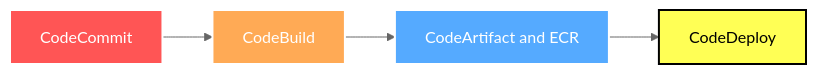
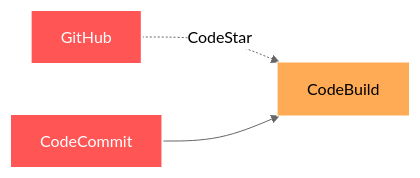
One commit to Yuppe-jp-eng/presentaion changed the sixth of 9 diagrams in slides.md. Above: the diagram before and after it, drawn with Mermaid (neutral theme). The commit also changed other lines of this file and 1 other file, not shown here.

````diff
--- a/slides.md
+++ b/slides.md
@@ -241,12 +295,10 @@
 ```mermaid
 flowchart LR
-    B1[CodeCommit] --> B2[CodeBuild]
-    B2 --> B4[CodeArtifact and ECR]
-    B4 --> B3[CodeDeploy]
+    B0[GitHub] -. "CodeStar" .-> B2[CodeBuild]
+    B1[CodeCommit] --> B2
 
+    style B0 fill:#FF5555,stroke:#FFF,stroke-width:2px,color:#FFF
     style B1 fill:#FF5555,stroke:#FFF,stroke-width:2px,color:#FFF
-    style B2 fill:#FFAA55,stroke:#FFF,stroke-width:2px,color:#FFF
-    style B3 fill:#FFFF55,stroke:#000,stroke-width:2px,color:#000
-    style B4 fill:#55AAFF,stroke:#FFF,stroke-width:2px,color:#FFF
+    style B2 fill:#FFAA55,stroke:#FFF,stroke-width
 
 ```
````
